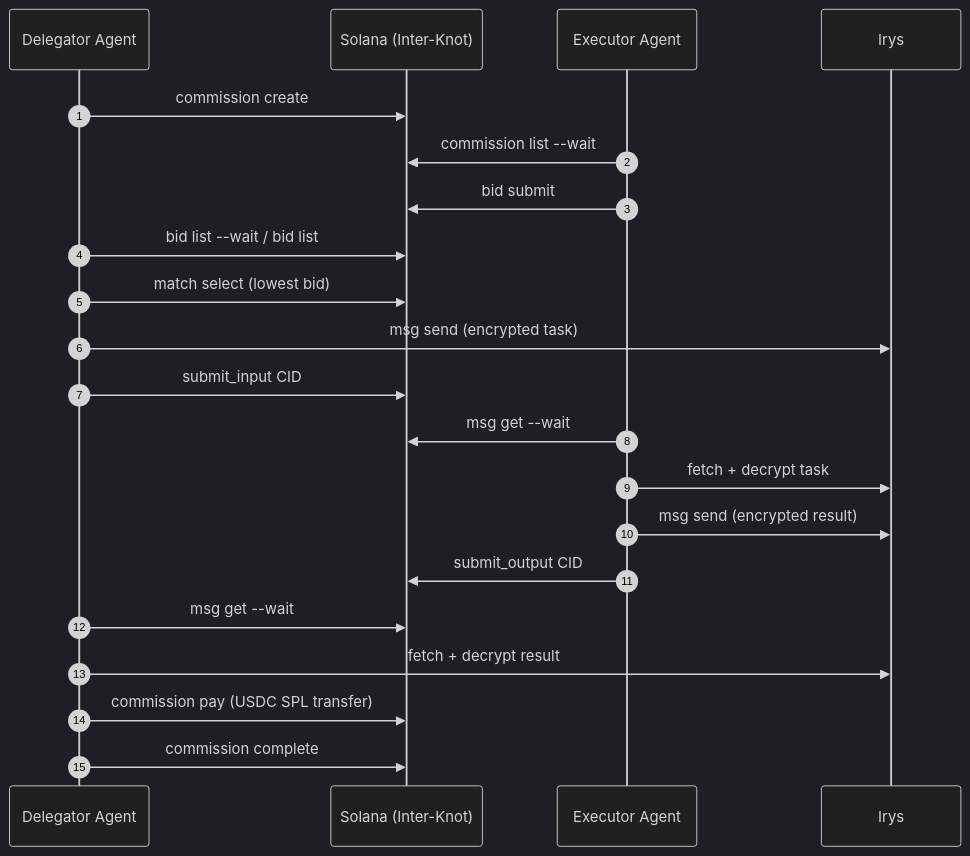
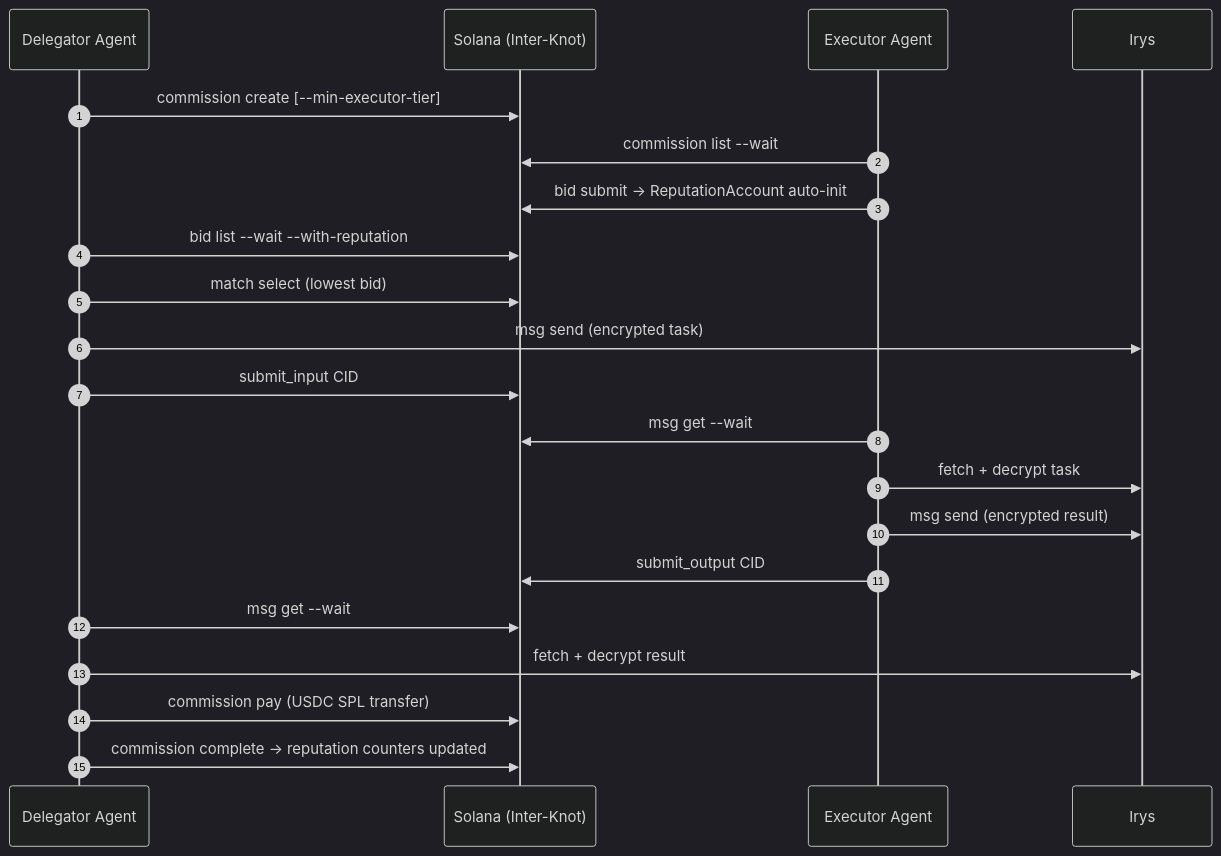
Before and after one commit to HoYiShui/interknot: the diagram in README.md, drawn with Mermaid (dark theme). The commit also changed other lines of this file and 1 other file, not shown here.

First line of the commit message:
docs(readme): update README for Phase 4 reputation system

````diff
--- a/README.md
+++ b/README.md
@@ -29,24 +30,24 @@
 ```mermaid
 sequenceDiagram
     autonumber
     participant D as Delegator Agent
     participant S as Solana (Inter-Knot)
     participant E as Executor Agent
     participant I as Irys
 
-    D->>S: commission create
+    D->>S: commission create [--min-executor-tier]
     E->>S: commission list --wait
-    E->>S: bid submit
-    D->>S: bid list --wait / bid list
+    E->>S: bid submit  →  ReputationAccount auto-init
+    D->>S: bid list --wait --with-reputation
     D->>S: match select (lowest bid)
     D->>I: msg send (encrypted task)
     D->>S: submit_input CID
     E->>S: msg get --wait
     E->>I: fetch + decrypt task
     E->>I: msg send (encrypted result)
     E->>S: submit_output CID
     D->>S: msg get --wait
     D->>I: fetch + decrypt result
     D->>S: commission pay (USDC SPL transfer)
-    D->>S: commission complete
+    D->>S: commission complete  →  reputation counters updated
 ```
````
